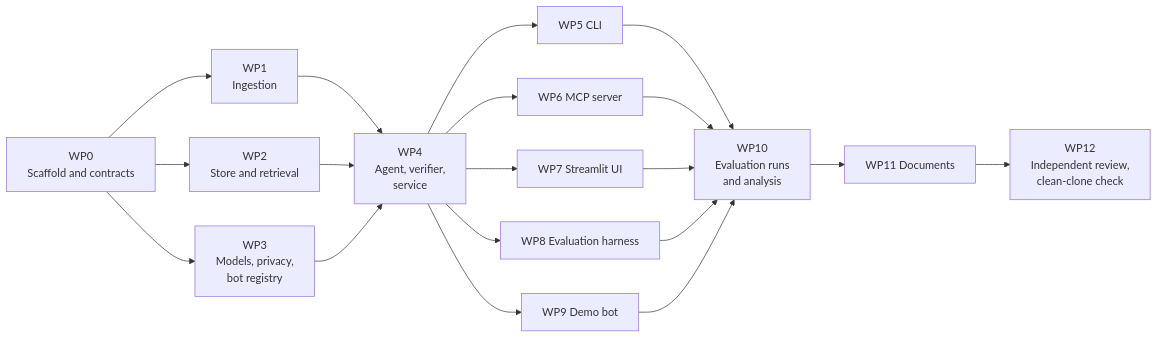
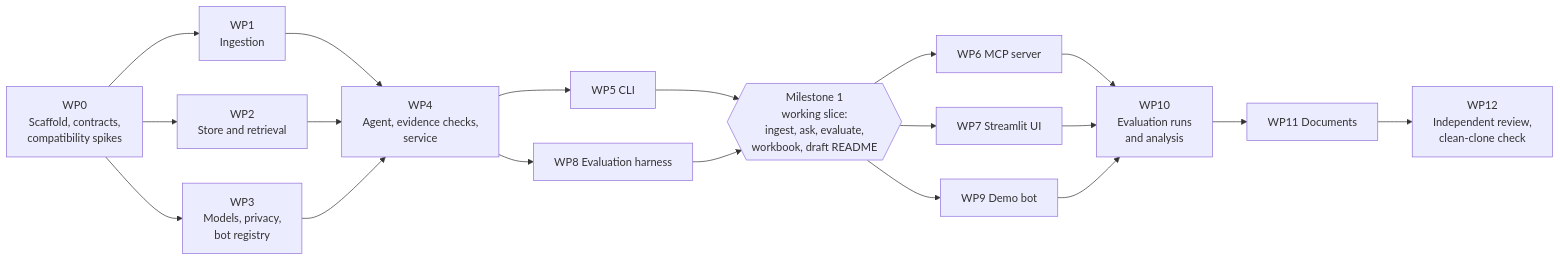
The diagram in docs/IMPLEMENTATION_PLAN.md (Treasure1201/kestrel), drawn with Mermaid before and after one commit. The commit also changed other lines of this file and 1 other file, not shown here.

````diff
--- a/docs/IMPLEMENTATION_PLAN.md
+++ b/docs/IMPLEMENTATION_PLAN.md
@@ -13,21 +14,21 @@
 ```mermaid
 flowchart LR
-    WP0["WP0<br/>Scaffold and contracts"] --> WP1["WP1<br/>Ingestion"]
+    WP0["WP0<br/>Scaffold, contracts,<br/>compatibility spikes"] --> WP1["WP1<br/>Ingestion"]
     WP0 --> WP2["WP2<br/>Store and retrieval"]
     WP0 --> WP3["WP3<br/>Models, privacy,<br/>bot registry"]
-    WP1 --> WP4["WP4<br/>Agent, verifier,<br/>service"]
+    WP1 --> WP4["WP4<br/>Agent, evidence checks,<br/>service"]
     WP2 --> WP4
     WP3 --> WP4
     WP4 --> WP5[WP5 CLI]
-    WP4 --> WP6[WP6 MCP server]
-    WP4 --> WP7[WP7 Streamlit UI]
     WP4 --> WP8[WP8 Evaluation harness]
-    WP4 --> WP9[WP9 Demo bot]
-    WP5 --> WP10["WP10<br/>Evaluation runs<br/>and analysis"]
-    WP6 --> WP10
+    WP5 --> M1{{"Milestone 1<br/>working slice:<br/>ingest, ask, evaluate,<br/>workbook, draft README"}}
+    WP8 --> M1
+    M1 --> WP6[WP6 MCP server]
+    M1 --> WP7[WP7 Streamlit UI]
+    M1 --> WP9[WP9 Demo bot]
+    WP6 --> WP10["WP10<br/>Evaluation runs<br/>and analysis"]
     WP7 --> WP10
-    WP8 --> WP10
     WP9 --> WP10
     WP10 --> WP11[WP11 Documents]
     WP11 --> WP12["WP12<br/>Independent review,<br/>clean-clone check"]
 ```
````
